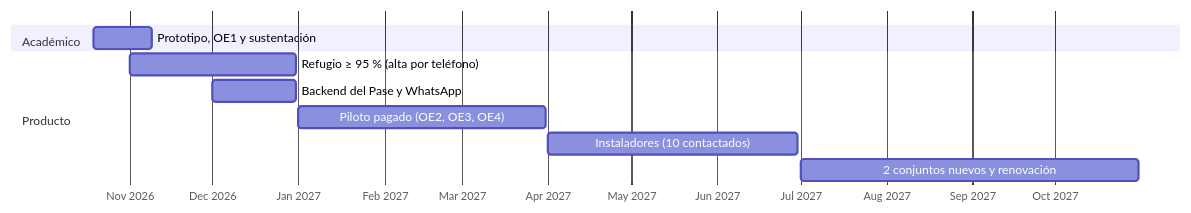
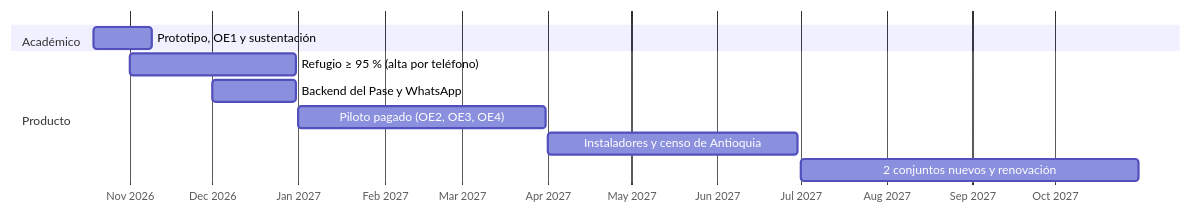
The second of 2 diagrams in entrega-3/estrategia.md (Amonsalvem/kino), drawn with Mermaid before and after one commit. The commit also changed other lines of this file and 9 other files, not shown here.

````diff
--- a/entrega-3/estrategia.md
+++ b/entrega-3/estrategia.md
@@ -187,13 +187,13 @@
 ```mermaid
 gantt
   dateFormat YYYY-MM-DD
   axisFormat %b %Y
   section Académico
   Prototipo, OE1 y sustentación      :a1, 2026-10-19, 2026-11-09
   section Producto
   Refugio ≥ 95 % (alta por teléfono)  :p1, 2026-11-01, 2026-12-31
   Backend del Pase y WhatsApp        :p2, 2026-12-01, 2026-12-31
   Piloto pagado (OE2, OE3, OE4)      :p3, 2027-01-01, 2027-03-31
-  Instaladores (10 contactados)      :p4, 2027-04-01, 2027-06-30
+  Instaladores y censo de Antioquia  :p4, 2027-04-01, 2027-06-30
   2 conjuntos nuevos y renovación    :p5, 2027-07-01, 2027-10-31
 ```
````
